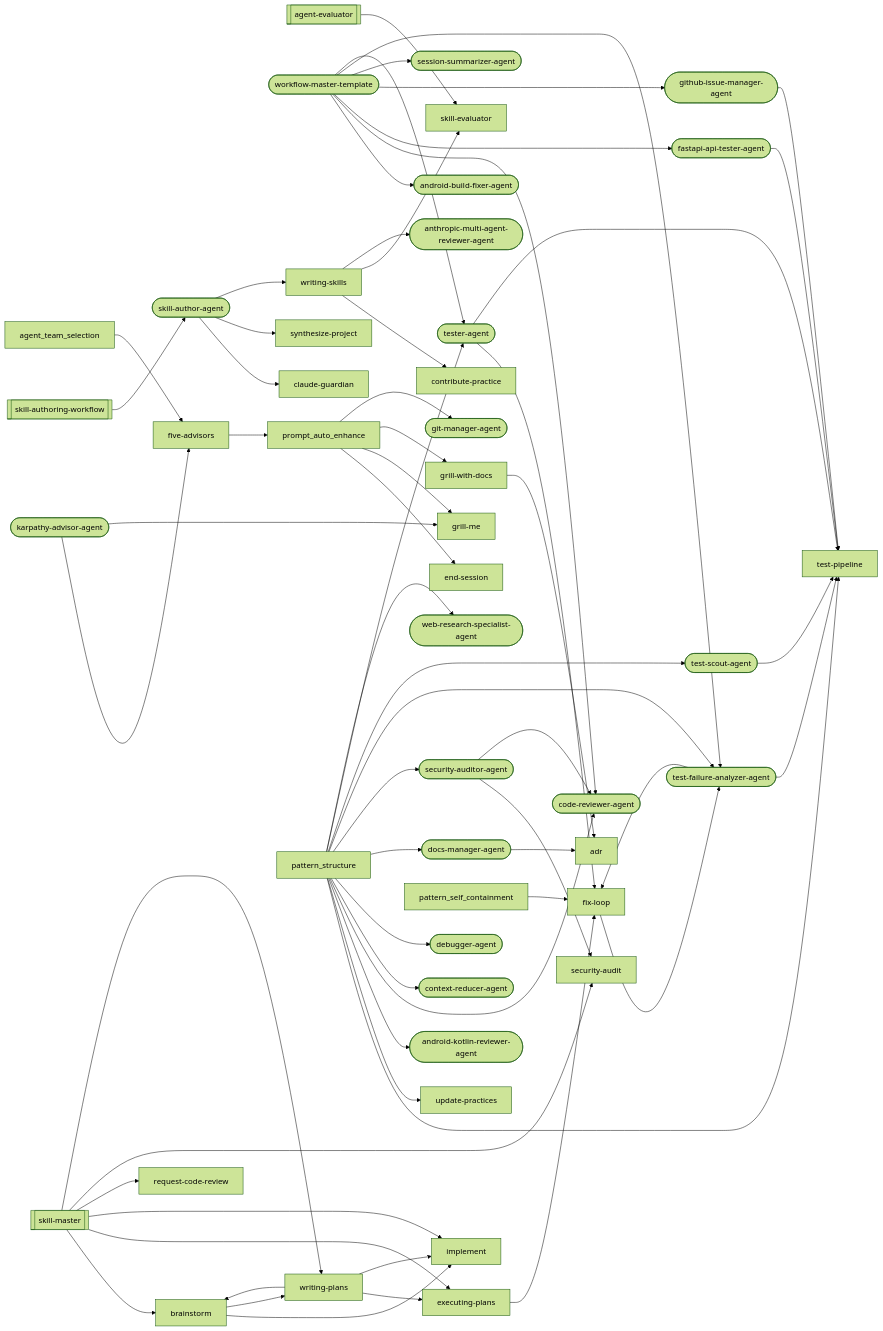
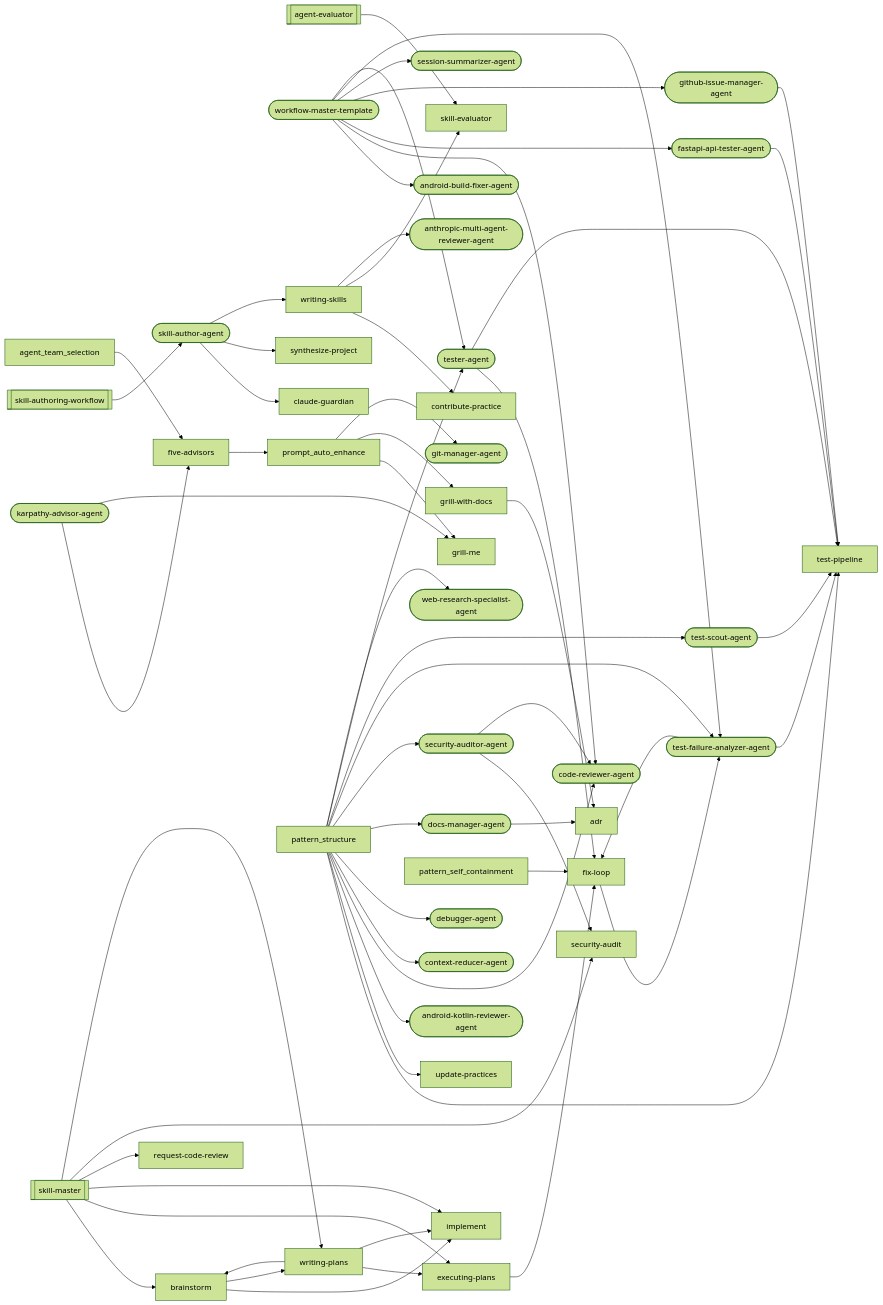
Before and after one commit to abhayla/claude-best-practices: the third of 19 diagrams in docs/workflows/skill-authoring.md, drawn with Mermaid (forest theme). The commit also changed other lines of this file and 13 other files, not shown here.

```diff
--- a/docs/workflows/skill-authoring.md
+++ b/docs/workflows/skill-authoring.md
@@ -505,7 +482,6 @@
     contribute_practice["contribute-practice"]
     debugger_agent(["debugger-agent"])
     docs_manager_agent(["docs-manager-agent"])
-    end_session["end-session"]
     executing_plans["executing-plans"]
     fastapi_api_tester_agent(["fastapi-api-tester-agent"])
     five_advisors["five-advisors"]
@@ -537,7 +513,6 @@
     five_advisors --> prompt_auto_enhance
     fix_loop --> test_failure_analyzer_agent
     grill_with_docs --> adr
-    prompt_auto_enhance --> end_session
     prompt_auto_enhance --> grill_me
     prompt_auto_enhance --> grill_with_docs
     prompt_auto_enhance --> git_manager_agent
```
